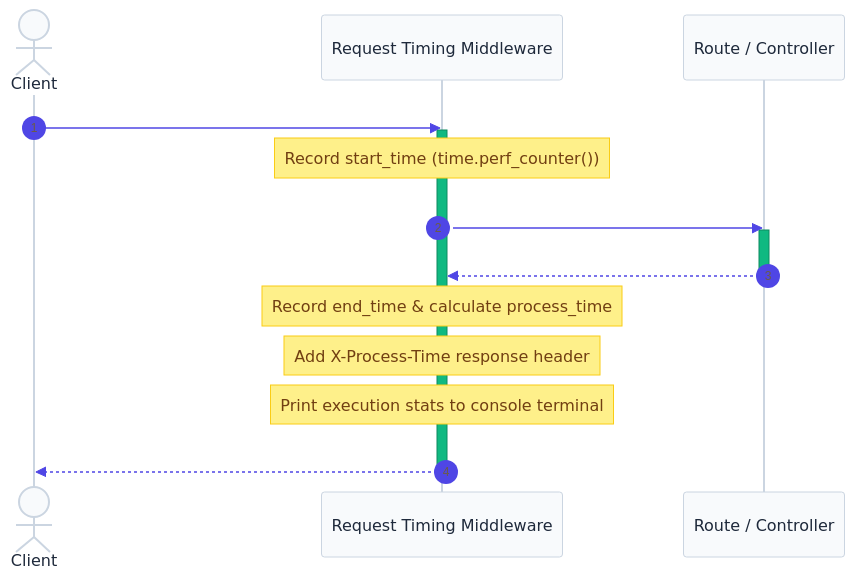
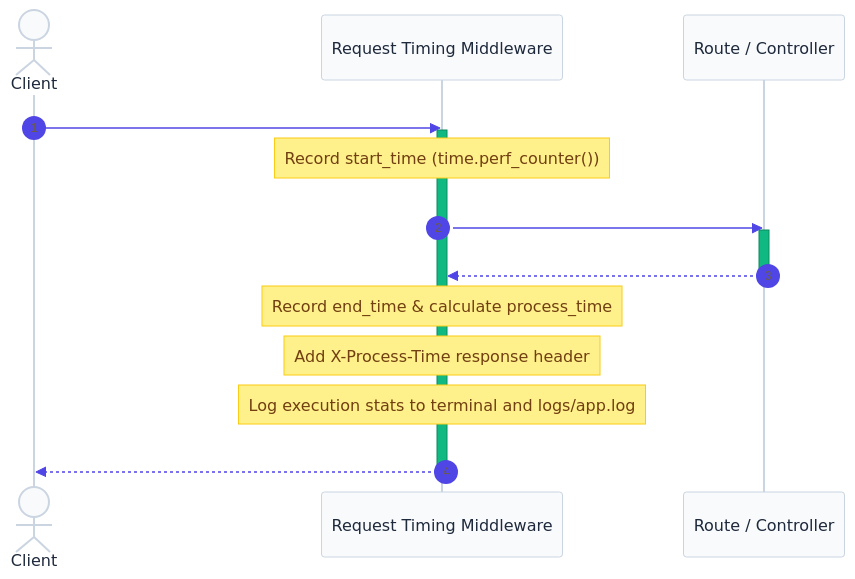
Before and after one commit to nakul-cloud/ecommerce-api: the diagram in app/middleware/README.md, drawn with Mermaid. The commit also changed other lines of this file and 22 other files, not shown here.

Commit message:
feat: scaffold API architecture with authentication, custom exceptions, controllers, and utility modules.

````diff
--- a/app/middleware/README.md
+++ b/app/middleware/README.md
@@ -25,24 +25,24 @@
 ```mermaid
 %%{init: {'theme': 'base', 'themeVariables': {'primaryColor': '#4f46e5', 'primaryTextColor': '#ffffff', 'primaryBorderColor': '#3730a3', 'lineColor': '#94a3b8', 'secondaryColor': '#10b981', 'tertiaryColor': '#f59e0b', 'background': '#ffffff', 'mainBkg': '#f8fafc', 'nodeBorder': '#cbd5e1', 'nodeTextColor': '#1e293b', 'textColor': '#ffffff', 'titleColor': '#ffffff', 'edgeLabelBackground': '#1e293b', 'clusterBkg': '#f1f5f9', 'clusterBorder': '#cbd5e1', 'actorBkg': '#f8fafc', 'actorBorder': '#cbd5e1', 'actorTextColor': '#1e293b', 'signalColor': '#4f46e5', 'signalTextColor': '#ffffff', 'labelColor': '#ffffff', 'loopTextColor': '#ffffff', 'noteBkgColor': '#fef08a', 'noteBorderColor': '#facc15', 'noteTextColor': '#713f12'}}}%%
 sequenceDiagram
     autonumber
     actor Client
     participant Middleware as Request Timing Middleware
     participant App as Route / Controller
 
     Client->>Middleware: Incoming HTTP Request
     activate Middleware
     Note over Middleware: Record start_time (time.perf_counter())
     
     Middleware->>App: Forward Request via call_next()
     activate App
     App-->>Middleware: Yields HTTP Response
     deactivate App
     
     Note over Middleware: Record end_time & calculate process_time
     Note over Middleware: Add X-Process-Time response header
-    Note over Middleware: Print execution stats to console terminal
+    Note over Middleware: Log execution stats to terminal and logs/app.log
     
     Middleware-->>Client: Return HTTP Response with timing header
     deactivate Middleware
 ```
````
